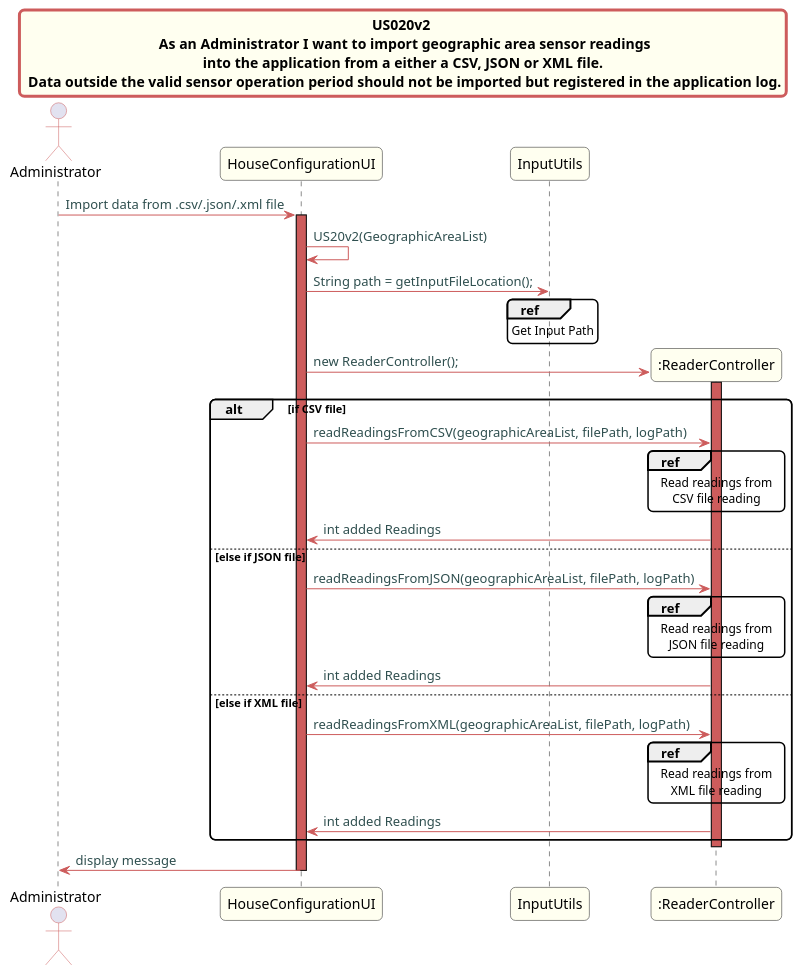
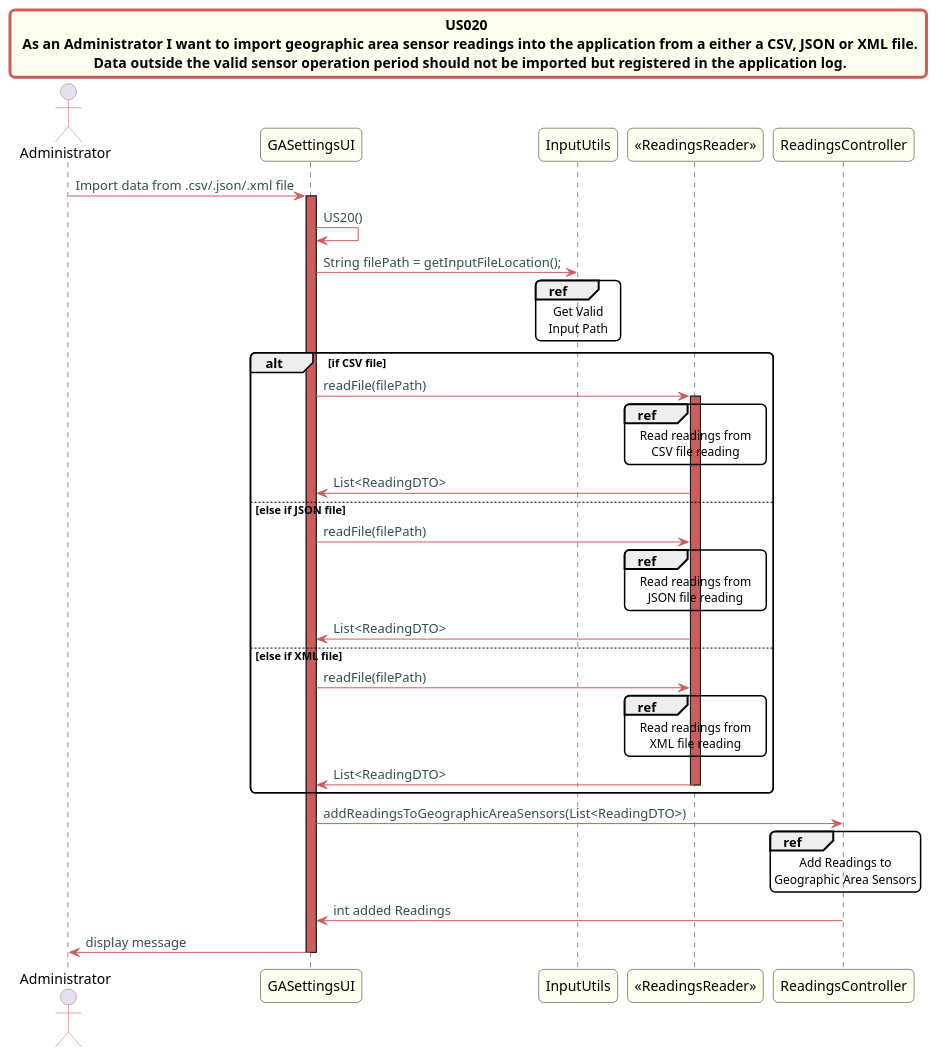
Before and after one commit to Almadanmp/project: the diagram in src/doc/Controllers/HouseConfiguration/US20v2/US20v2.puml, drawn with PlantUML. The commit also changed 19 other files, not shown here.

```diff
--- a/src/doc/Controllers/HouseConfiguration/US20v2/US20v2.puml
+++ b/src/doc/Controllers/HouseConfiguration/US20v2/US20v2.puml
@@ -1,73 +1,78 @@
 @startuml
 
 skinparam titleBorderRoundCorner 10
 skinparam titleBorderThickness 3
 skinparam titleBorderColor indianred
 skinparam titleBackgroundColor ivory
 skinparam FontName quicksand
 
 skinparam actor {
   BorderColor indianred
   }
 
 skinparam sequence {
   LifeLineBackgroundColor indianred
   ParticipantBackgroundColor ivory
 }
 
 skinparam roundcorner 10
 
 skinparam component {
   arrowThickness 1
   ArrowFontName Verdana
   ArrowColor indianred
   ArrowFontColor darkslategrey
 }
 
-title US020v2 \n  As an Administrator I want to import geographic area sensor readings \n into the application from a either a CSV, JSON or XML file. \n Data outside the valid sensor operation period should not be imported but registered in the application log.
+title US020 \n  As an Administrator I want to import geographic area sensor readings into the application from a either a CSV, JSON or XML file. \n Data outside the valid sensor operation period should not be imported but registered in the application log.
 
 
 actor Administrator
-Administrator -> HouseConfigurationUI: Import data from .csv/.json/.xml file
-activate HouseConfigurationUI
-HouseConfigurationUI -> HouseConfigurationUI: US20v2(GeographicAreaList)
-HouseConfigurationUI -> InputUtils: String path = getInputFileLocation();
+Administrator -> GASettingsUI: Import data from .csv/.json/.xml file
+activate GASettingsUI
+GASettingsUI -> GASettingsUI: US20()
+GASettingsUI -> InputUtils: String filePath = getInputFileLocation();
 ref over InputUtils
-Get Input Path
+Get Valid
+Input Path
 end ref
-
-create ":ReaderController"
-HouseConfigurationUI -> ":ReaderController": new ReaderController();
 
 
 alt if CSV file
-activate ":ReaderController"
-HouseConfigurationUI -> ":ReaderController": readReadingsFromCSV(geographicAreaList, filePath, logPath)
-ref over ":ReaderController"
+GASettingsUI -> "<<ReadingsReader>>": readFile(filePath)
+activate "<<ReadingsReader>>"
+ref over "<<ReadingsReader>>"
 Read readings from
 CSV file reading
 end ref
 
 
-":ReaderController" -> HouseConfigurationUI: int added Readings
+"<<ReadingsReader>>" -> GASettingsUI: List<ReadingDTO>
 else else if JSON file
-HouseConfigurationUI -> ":ReaderController": readReadingsFromJSON(geographicAreaList, filePath, logPath)
-ref over ":ReaderController"
+GASettingsUI -> "<<ReadingsReader>>": readFile(filePath)
+ref over "<<ReadingsReader>>"
 Read readings from
 JSON file reading
 end ref
-":ReaderController" -> HouseConfigurationUI: int added Readings
+"<<ReadingsReader>>" -> GASettingsUI: List<ReadingDTO>
 else else if XML file
-HouseConfigurationUI -> ":ReaderController": readReadingsFromXML(geographicAreaList, filePath, logPath)
-ref over ":ReaderController"
+GASettingsUI -> "<<ReadingsReader>>": readFile(filePath)
+ref over "<<ReadingsReader>>"
 Read readings from
 XML file reading
 end ref
-":ReaderController" -> HouseConfigurationUI: int added Readings
+"<<ReadingsReader>>" -> GASettingsUI: List<ReadingDTO>
+deactivate "<<ReadingsReader>>"
 end
-deactivate ":ReaderController"
-HouseConfigurationUI -> Administrator: display message
 
-deactivate HouseConfigurationUI
+
+GASettingsUI -> ReadingsController: addReadingsToGeographicAreaSensors(List<ReadingDTO>)
+ref over ReadingsController
+Add Readings to
+Geographic Area Sensors
+end ref
+ReadingsController -> GASettingsUI: int added Readings
+GASettingsUI -> Administrator: display message
+deactivate GASettingsUI
 
 @enduml
```
